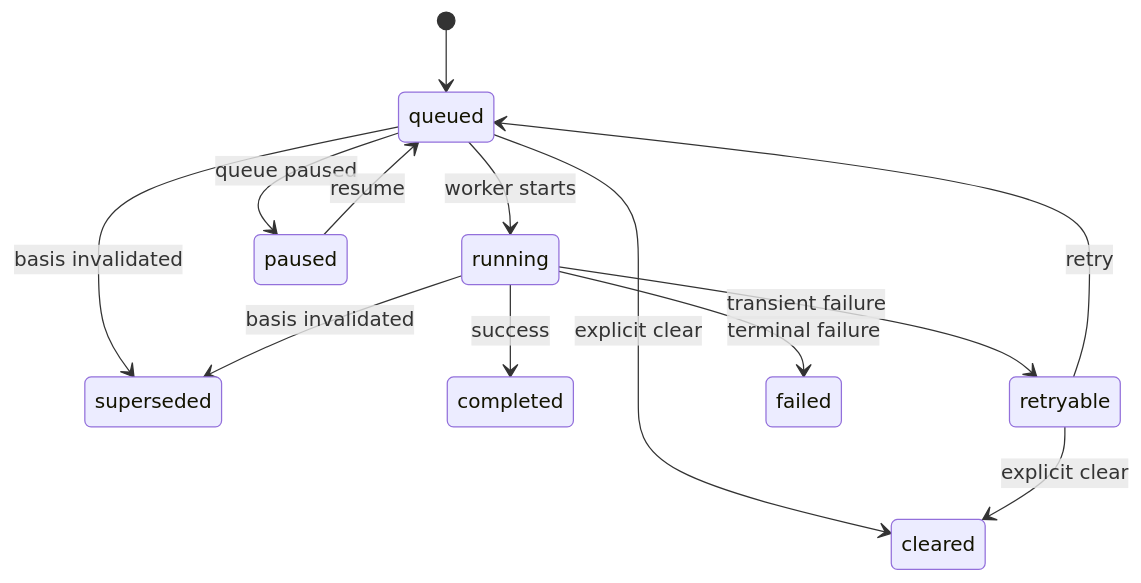
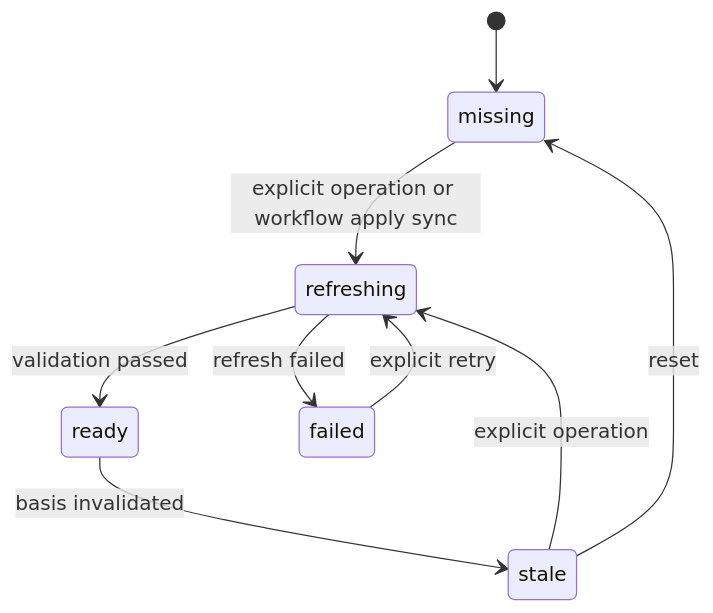
The sixth of 9 diagrams in doc/synthesis-layer/state-machines.md (leike0813/zotero-agents), drawn with Mermaid before and after one commit. The commit also changed other lines of this file and 267 other files, not shown here.

````diff
--- a/doc/synthesis-layer/state-machines.md
+++ b/doc/synthesis-layer/state-machines.md
@@ -225,15 +163,11 @@
 ```mermaid
 stateDiagram-v2
-  [*] --> queued
-  queued --> running: worker starts
-  queued --> paused: queue paused
-  paused --> queued: resume
-  queued --> superseded: basis invalidated
-  running --> completed: success
-  running --> retryable: transient failure
-  running --> failed: terminal failure
-  running --> superseded: basis invalidated
-  retryable --> queued: retry
-  queued --> cleared: explicit clear
-  retryable --> cleared: explicit clear
+  [*] --> missing
+  missing --> refreshing: explicit operation or workflow apply sync
+  stale --> refreshing: explicit operation
+  refreshing --> ready: validation passed
+  refreshing --> failed: refresh failed
+  ready --> stale: basis invalidated
+  failed --> refreshing: explicit retry
+  stale --> missing: reset
 ```
````
